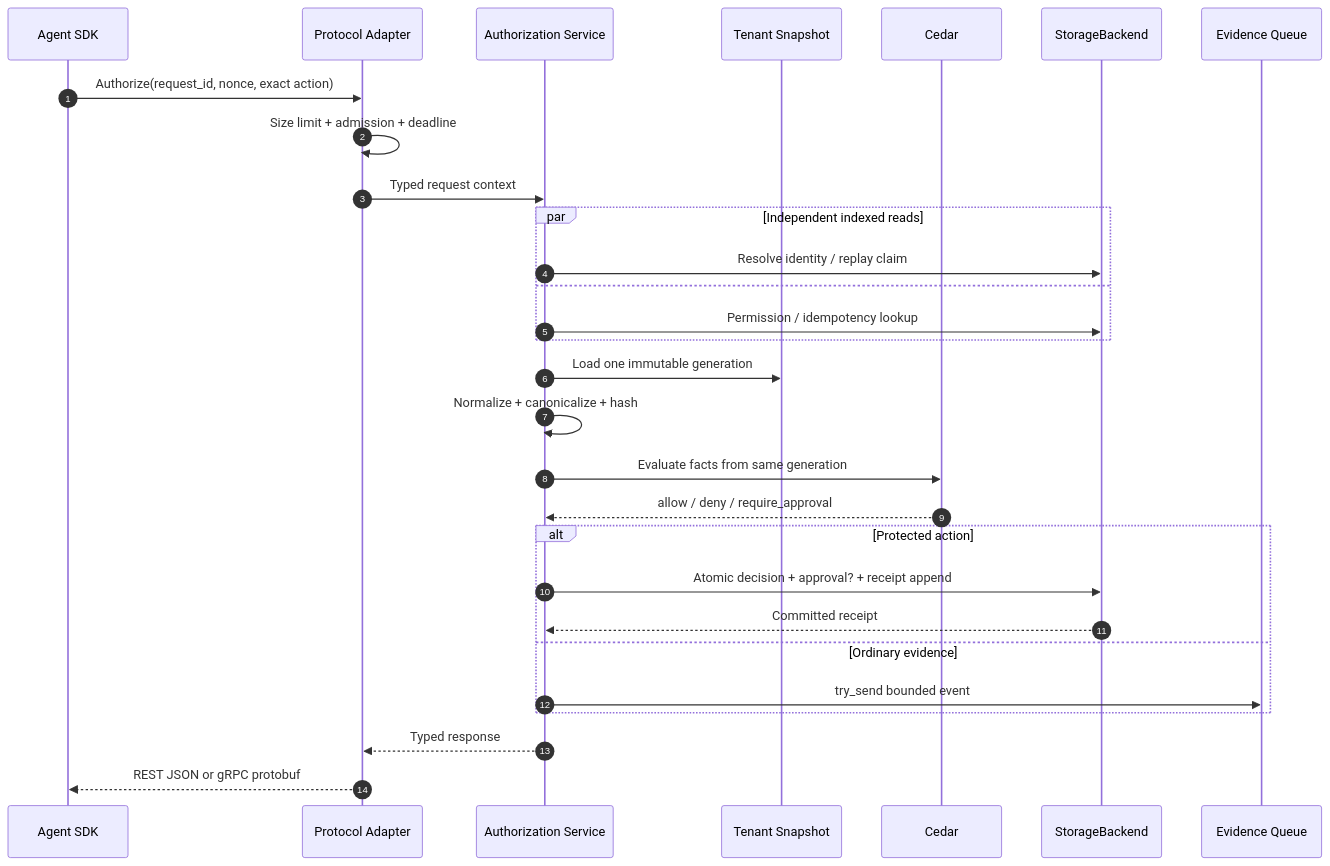
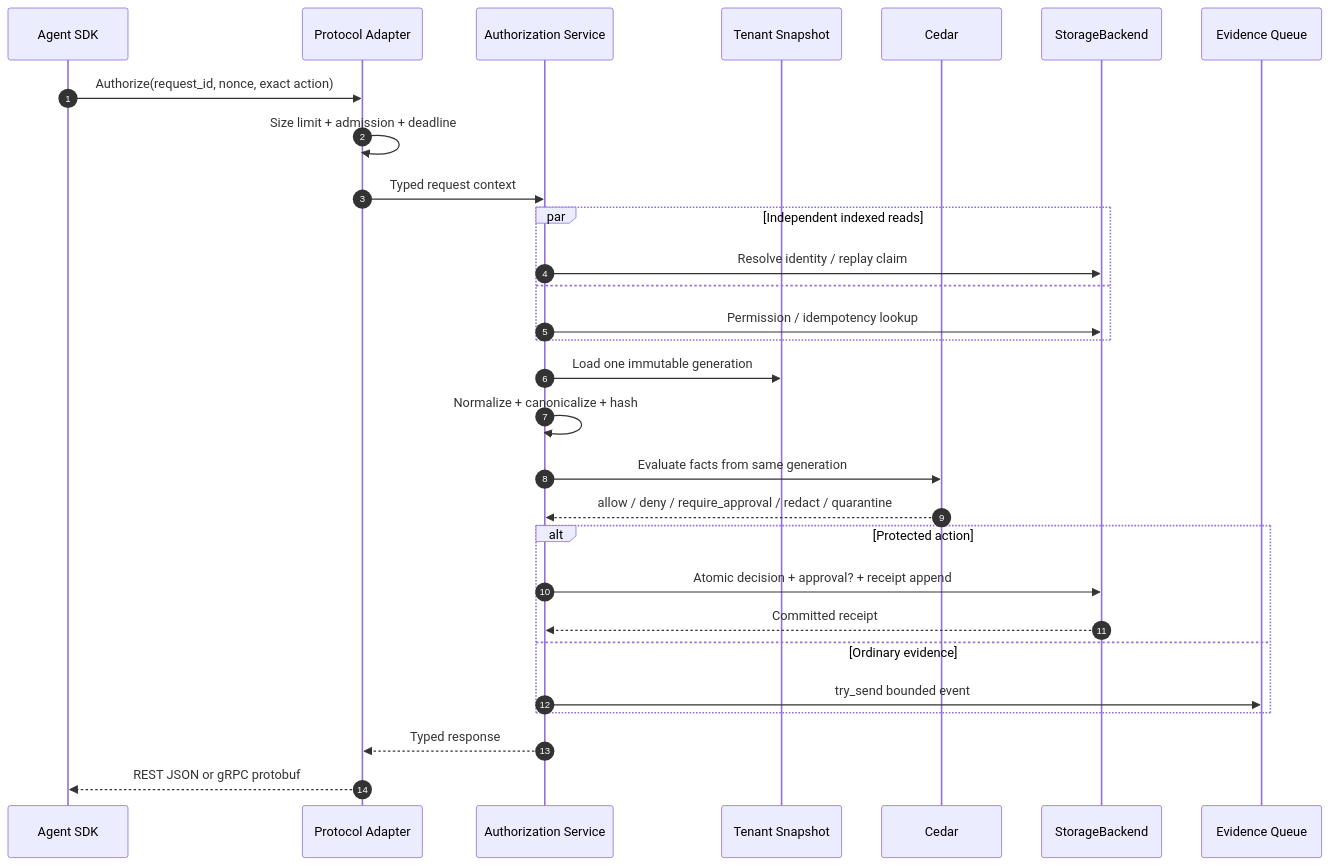
One commit to lavkushry/AegisAgent changed the third of 7 diagrams in docs/AegisAgent_World_Class_HLD.md. Above: the diagram before and after it, drawn with Mermaid. The commit also changed other lines of this file and 101 other files, not shown here.

````diff
--- a/docs/AegisAgent_World_Class_HLD.md
+++ b/docs/AegisAgent_World_Class_HLD.md
@@ -217,32 +218,32 @@
 ```mermaid
 sequenceDiagram
     autonumber
     participant A as Agent SDK
     participant G as Protocol Adapter
     participant S as Authorization Service
     participant C as Tenant Snapshot
     participant P as Cedar
     participant D as StorageBackend
     participant Q as Evidence Queue
 
     A->>G: Authorize(request_id, nonce, exact action)
     G->>G: Size limit + admission + deadline
     G->>S: Typed request context
     par Independent indexed reads
         S->>D: Resolve identity / replay claim
     and
         S->>D: Permission / idempotency lookup
     end
     S->>C: Load one immutable generation
     S->>S: Normalize + canonicalize + hash
     S->>P: Evaluate facts from same generation
-    P-->>S: allow / deny / require_approval
+    P-->>S: allow / deny / require_approval / redact / quarantine
     alt Protected action
         S->>D: Atomic decision + approval? + receipt append
         D-->>S: Committed receipt
     else Ordinary evidence
         S->>Q: try_send bounded event
     end
     S-->>G: Typed response
     G-->>A: REST JSON or gRPC protobuf
 ```
````
